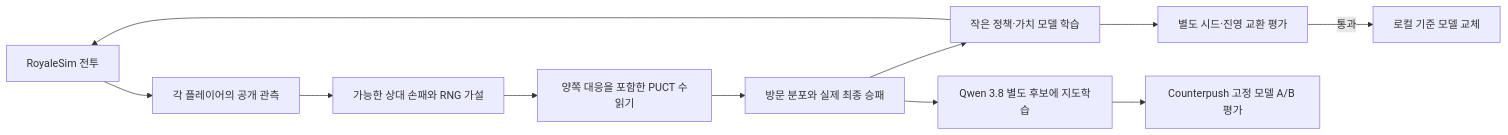
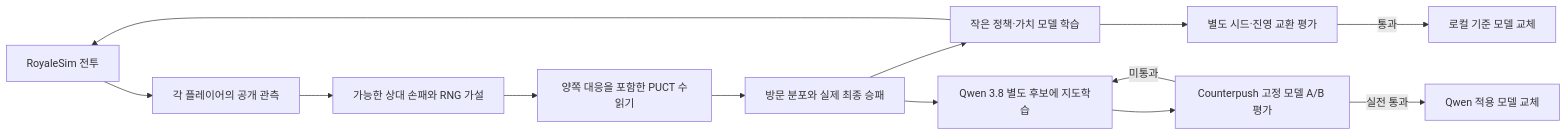
Before and after one commit to jingeon27/side-project: the diagram in projects/clash-bot/docs/arena-learning.md, drawn with Mermaid. The commit also changed other lines of this file and 2 other files, not shown here.

````diff
--- a/projects/clash-bot/docs/arena-learning.md
+++ b/projects/clash-bot/docs/arena-learning.md
@@ -7,13 +7,15 @@
 ```mermaid
 flowchart LR
   E[RoyaleSim 전투] --> P[각 플레이어의 공개 관측]
   P --> M[가능한 상대 손패와 RNG 가설]
   M --> S[양쪽 대응을 포함한 PUCT 수읽기]
   S --> R[방문 분포와 실제 최종 승패]
   R --> L[작은 정책·가치 모델 학습]
   L --> E
   L --> V[별도 시드·진영 교환 평가]
   V -->|통과| C[로컬 기준 모델 교체]
   R --> Q[Qwen 3.8 별도 후보에 지도학습]
   Q --> A[Counterpush 고정 모델 A/B 평가]
+  A -->|실전 통과| D[Qwen 적용 모델 교체]
+  A -->|미통과| Q
 ```
````
